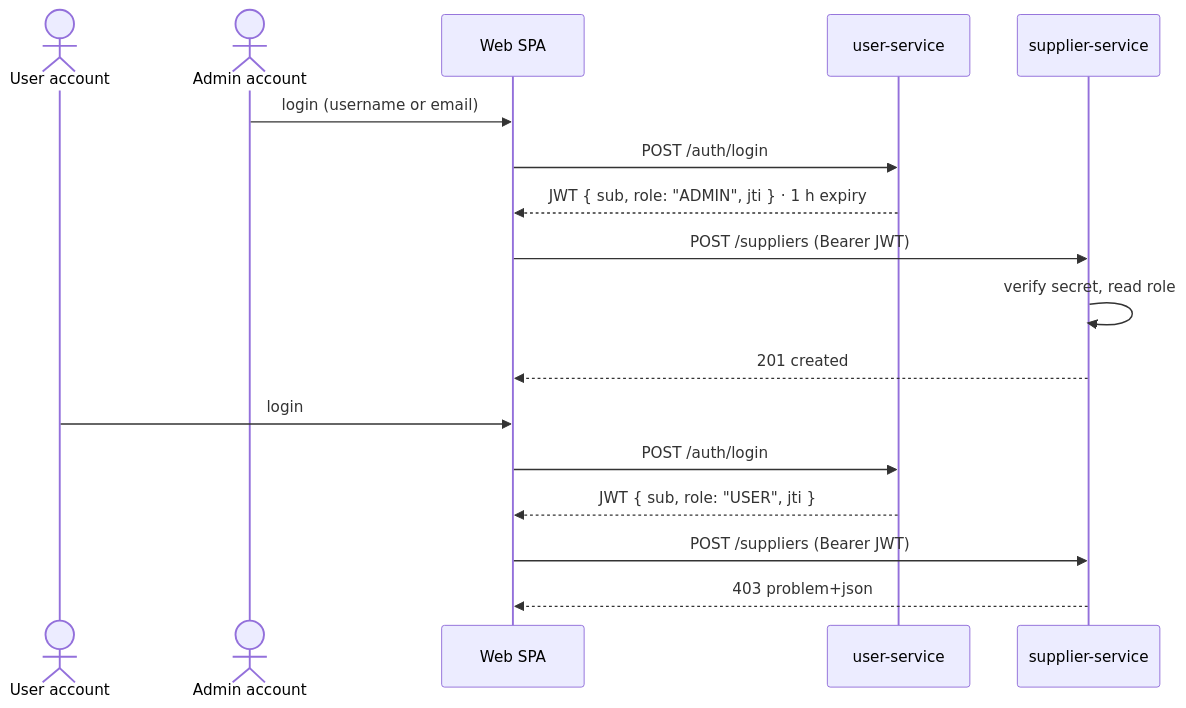
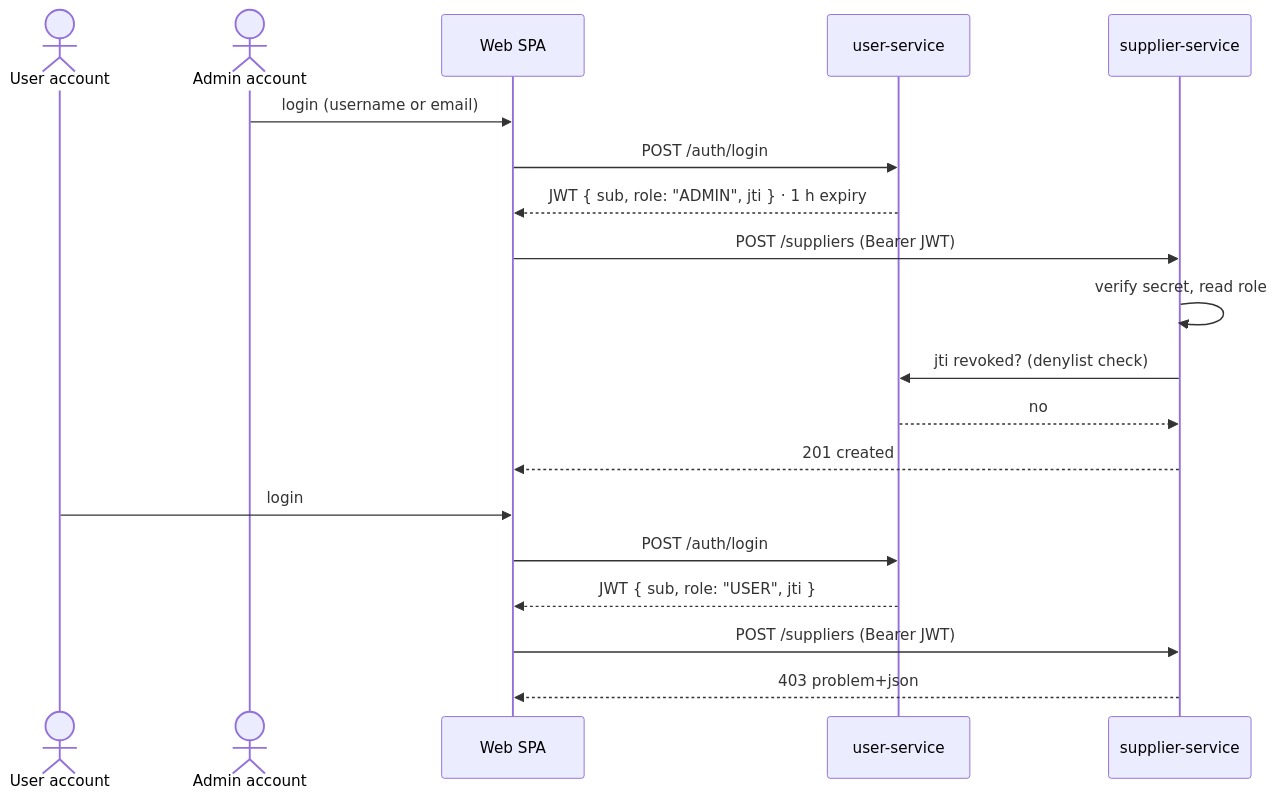
The seventh of 9 diagrams in docs/d2-design.md (AY2627S1-CS3219-P23/foc), drawn with Mermaid before and after one commit. The commit also changed other lines of this file and 2 other files, not shown here.

First line of the commit message:
docs: revise logout scope to per-request denylist check via User Service

````diff
--- a/docs/d2-design.md
+++ b/docs/d2-design.md
@@ -305,21 +312,23 @@
 ```mermaid
 sequenceDiagram
     actor U as User account
     actor A as Admin account
     participant SPA as Web SPA
     participant US as user-service
     participant SS as supplier-service
 
     A->>SPA: login (username or email)
     SPA->>US: POST /auth/login
     US-->>SPA: JWT { sub, role: "ADMIN", jti } · 1 h expiry
     SPA->>SS: POST /suppliers (Bearer JWT)
     SS->>SS: verify secret, read role
+    SS->>US: jti revoked? (denylist check)
+    US-->>SS: no
     SS-->>SPA: 201 created
 
     U->>SPA: login
     SPA->>US: POST /auth/login
     US-->>SPA: JWT { sub, role: "USER", jti }
     SPA->>SS: POST /suppliers (Bearer JWT)
     SS-->>SPA: 403 problem+json
 ```
````
